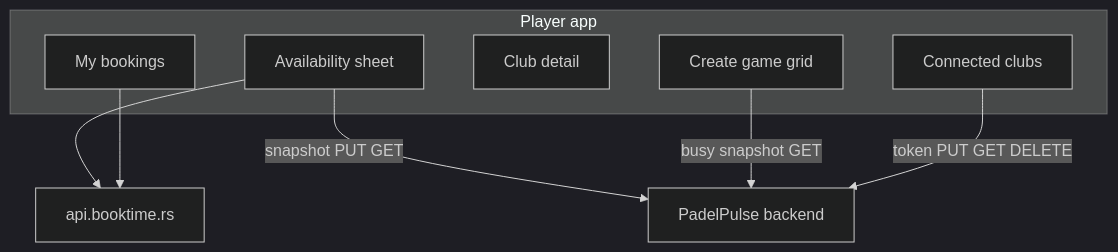
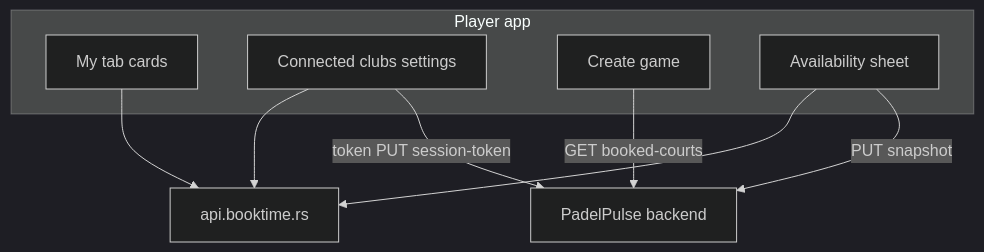
One commit to RelicDragon/bandeja changed the second of 2 diagrams in docs/PLAN_BOOKTIME_INTEGRATION.md. Above: the diagram before and after it, drawn with Mermaid (dark theme). The commit also changed other lines of this file and 111 other files, not shown here.

````diff
--- a/docs/PLAN_BOOKTIME_INTEGRATION.md
+++ b/docs/PLAN_BOOKTIME_INTEGRATION.md
@@ -157,19 +273,18 @@
 ```mermaid
 flowchart TB
   subgraph player [Player app]
-    MB[My bookings]
-    CC[Connected clubs]
-    CD[Club detail]
-    CG[Create game grid]
+    MT[My tab cards]
+    SET[Connected clubs settings]
+    CG[Create game]
     AV[Availability sheet]
   end
-
   BT[api.booktime.rs]
   BE[PadelPulse backend]
 
   AV --> BT
-  MB --> BT
-  AV -->|snapshot PUT GET| BE
-  CG -->|busy snapshot GET| BE
-  CC -->|token PUT GET DELETE| BE
+  SET --> BT
+  MT --> BT
+  AV -->|PUT snapshot| BE
+  CG -->|GET booked-courts| BE
+  SET -->|token PUT session-token| BE
 ```
````
